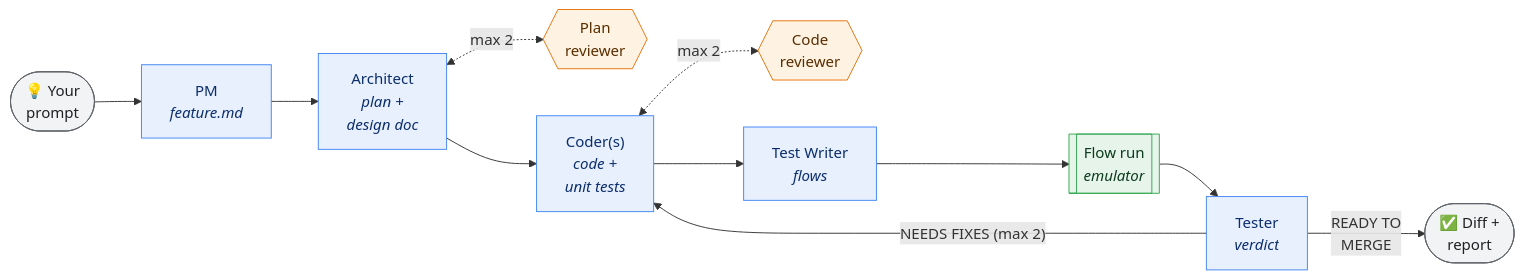
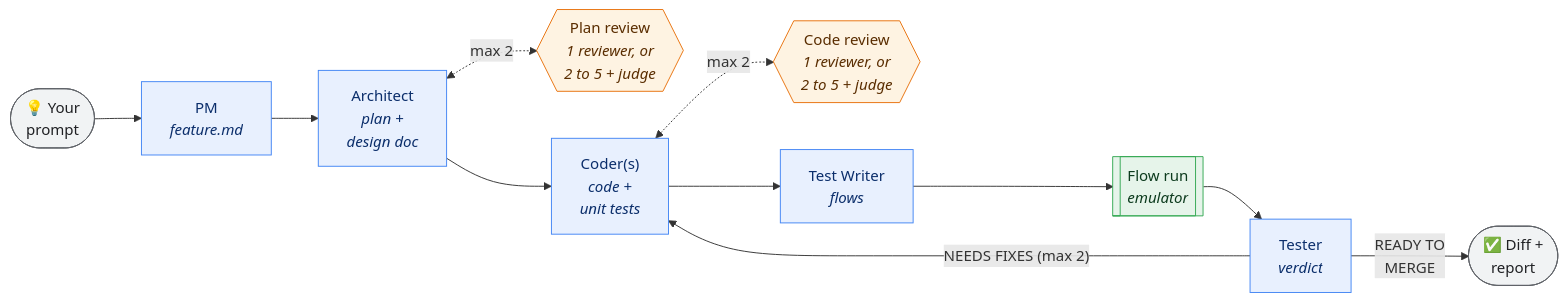
The first of 3 diagrams in README.md (jaxvy/agentic-dev-team), drawn with Mermaid before and after one commit. The commit also changed 1 other file, not shown here.

Commit message:
Show review panels in the run diagram
README's "How a run works" and HOW_IT_WORKS's "The shape of a run" now
use the same diagram: the full chain from the PM to the Tester, with the
plan review and the code review. Each review box says it is one
reviewer, or 2 to 5 reviewers and a judge.

Under the HOW_IT_WORKS diagram, a new paragraph says which commands run
the PM and the reviews, and that /build-guided stops for your approval
instead. "How a review panel runs" now says a panel works for both
reviews.

````diff
--- a/README.md
+++ b/README.md
@@ -105,22 +105,22 @@
 ```mermaid
 flowchart LR
   idea(["💡 Your<br/>prompt"]) --> PM["PM<br/><i>feature.md</i>"]
   PM --> AR["Architect<br/><i>plan +<br/>design doc</i>"]
-  AR <-.->|"max 2"| PR{{"Plan<br/>reviewer"}}
+  AR <-.->|"max 2"| PR{{"Plan review<br/><i>1 reviewer, or<br/>2 to 5 + judge</i>"}}
   AR --> CO["Coder(s)<br/><i>code +<br/>unit tests</i>"]
-  CO <-.->|"max 2"| CR{{"Code<br/>reviewer"}}
+  CO <-.->|"max 2"| CR{{"Code review<br/><i>1 reviewer, or<br/>2 to 5 + judge</i>"}}
   CO --> TW["Test Writer<br/><i>flows</i>"]
   TW --> RUN[["Flow run<br/><i>emulator</i>"]]
   RUN --> TE["Tester<br/><i>verdict</i>"]
   TE -- "NEEDS FIXES (max 2)" --> CO
   TE -- "READY TO<br/>MERGE" --> OUT(["✅ Diff +<br/>report"])
 
   classDef agent fill:#E8F0FE,stroke:#4285F4,color:#0B2E6B
   classDef review fill:#FEF3E2,stroke:#E8710A,color:#5A2D00
   classDef machine fill:#E6F4EA,stroke:#34A853,color:#0D3B1E
   classDef io fill:#F1F3F4,stroke:#5F6368,color:#202124
   class PM,AR,CO,TW,TE agent
   class PR,CR review
   class RUN machine
   class idea,OUT io
 ```
````
